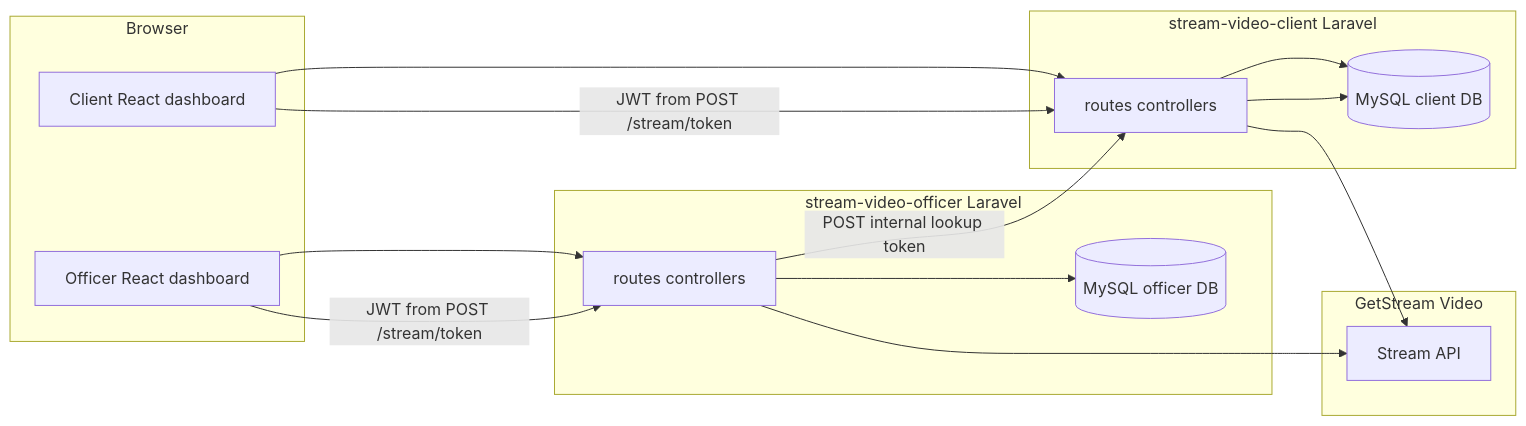
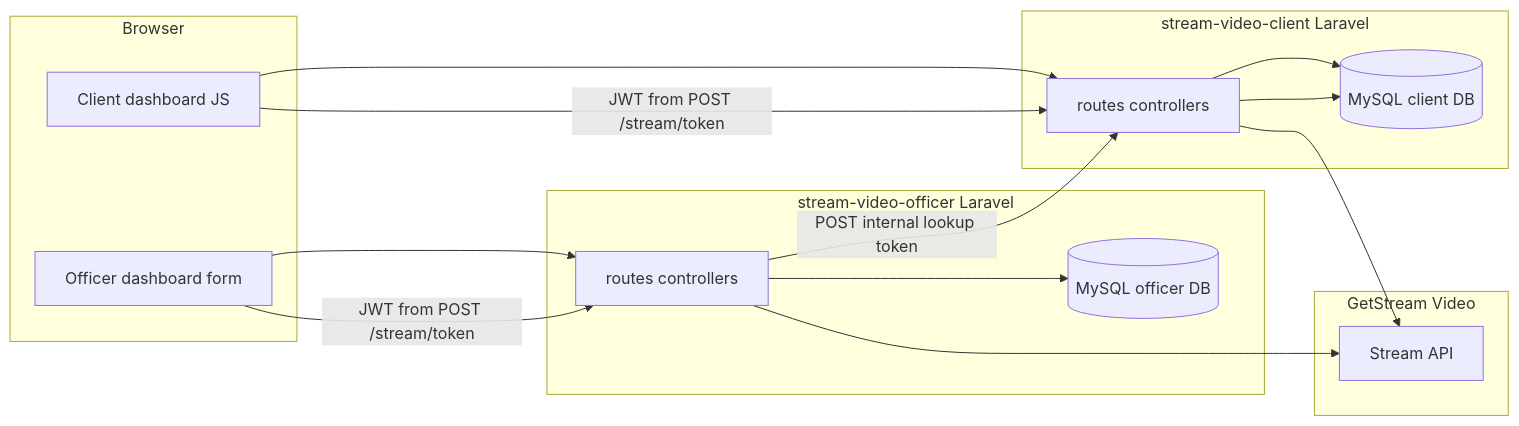
One commit to HaShiRaMaReiZo/video_call_demo changed the diagram in README.md. Above: the diagram before and after it, drawn with Mermaid. The commit also changed other lines of this file and 179 other files, not shown here.

````diff
--- a/README.md
+++ b/README.md
@@ -66,28 +66,28 @@
 ```mermaid
 flowchart LR
   subgraph browser [Browser]
-    CR[Client React dashboard]
-    OR[Officer React dashboard]
+    CR[Client dashboard JS]
+    OR[Officer dashboard form]
   end
   subgraph clientApp [stream-video-client Laravel]
     CL[routes controllers]
     CDB[(MySQL client DB)]
   end
   subgraph officerApp [stream-video-officer Laravel]
     OL[routes controllers]
     ODB[(MySQL officer DB)]
   end
   subgraph stream [GetStream Video]
     SV[Stream API]
   end
   CR --> CL
   OR --> OL
   CL --> CDB
   OL --> ODB
   OL -->|"POST internal lookup token"| CL
   CL --> CDB
   OL --> SV
   CL --> SV
   CR -->|"JWT from POST /stream/token"| CL
   OR -->|"JWT from POST /stream/token"| OL
 ```
````
